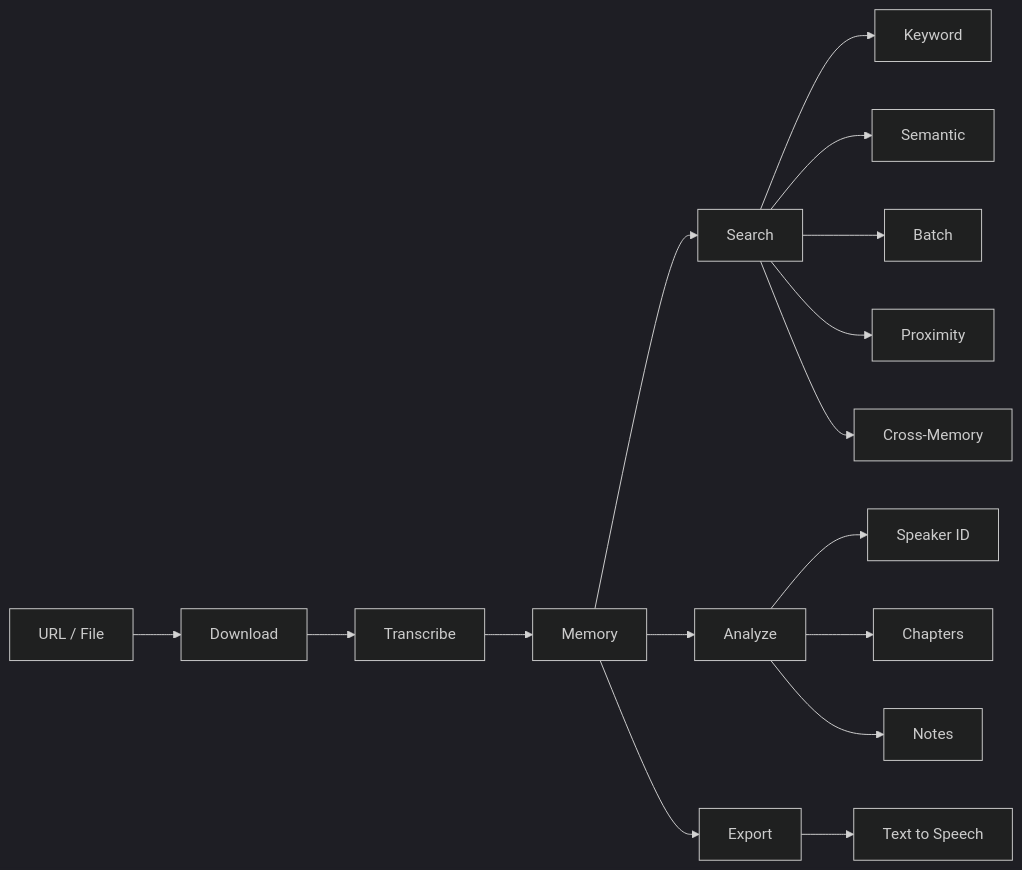
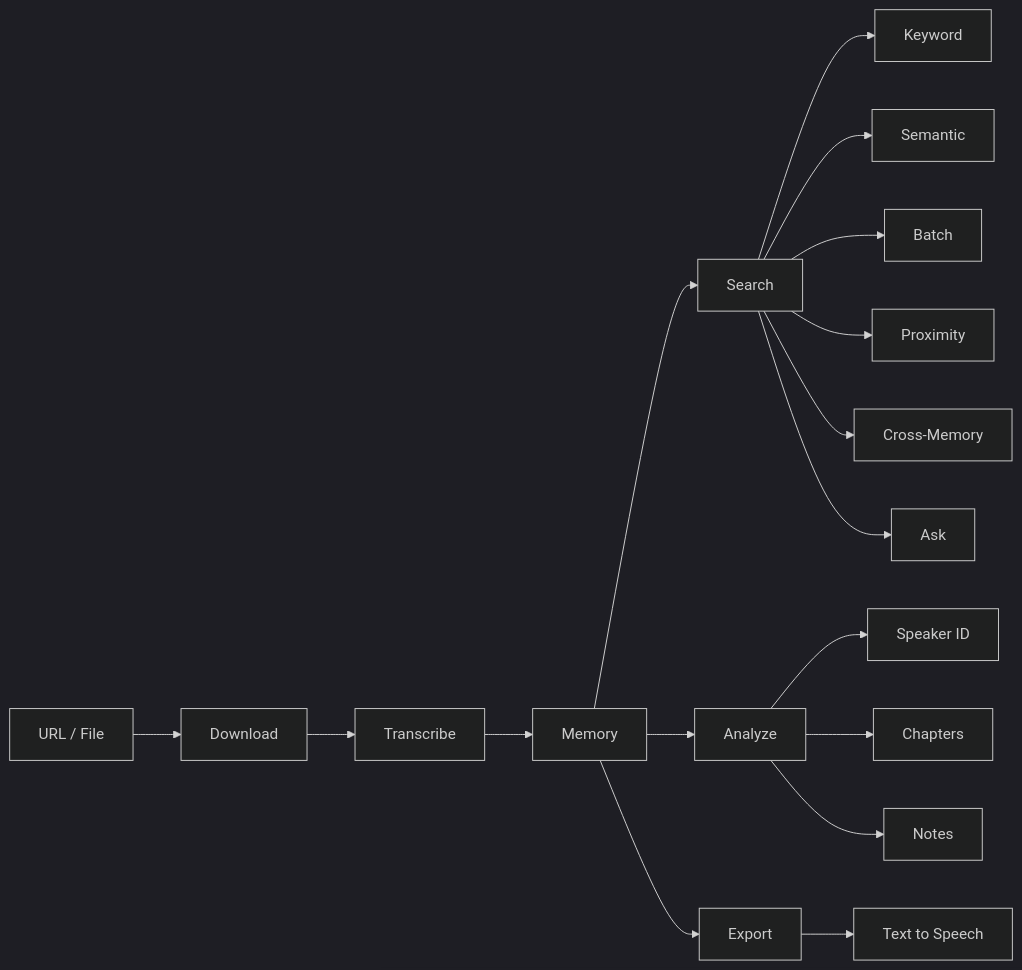
One commit to AugentDevs/Augent changed the diagram in README.md. Above: the diagram before and after it, drawn with Mermaid. The commit also changed other lines of this file and 4 other files, not shown here.

````diff
--- a/README.md
+++ b/README.md
@@ -63,22 +63,23 @@
 ```mermaid
 %%{init: {'theme': 'dark'}}%%
 flowchart LR
     A["URL / File"] --> B["Download"]
     B --> C["Transcribe"]
     C --> D["Memory"]
     D --> E["Search"]
     D --> F["Analyze"]
     D --> G["Export"]
 
     E --> E1["Keyword"]
     E --> E2["Semantic"]
     E --> E3["Batch"]
     E --> E4["Proximity"]
     E --> E5["Cross-Memory"]
+    E --> E6["Ask"]
 
     F --> F1["Speaker ID"]
     F --> F2["Chapters"]
     F --> F3["Notes"]
 
     G --> G1["Text to Speech"]
 ```
````
